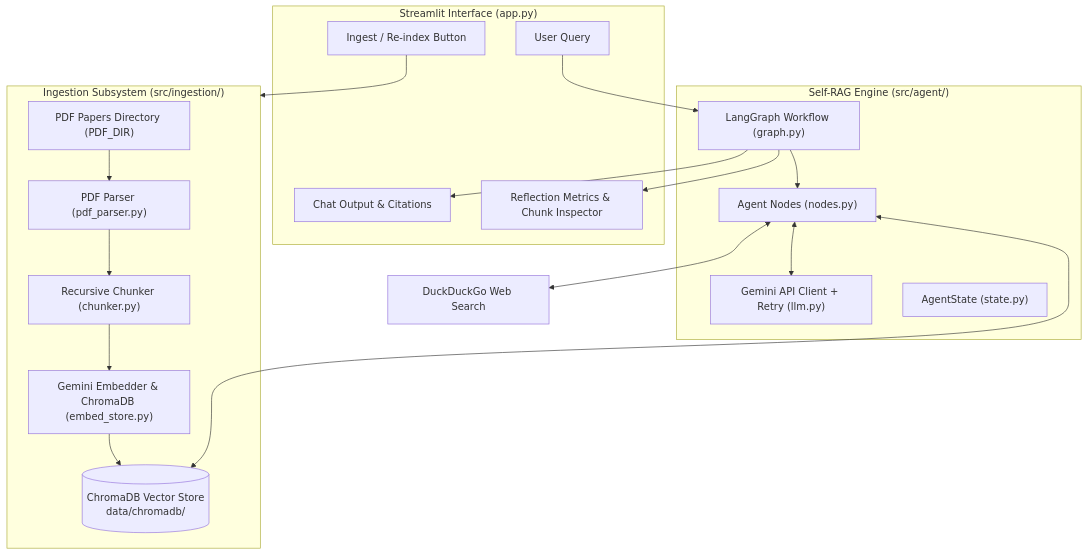
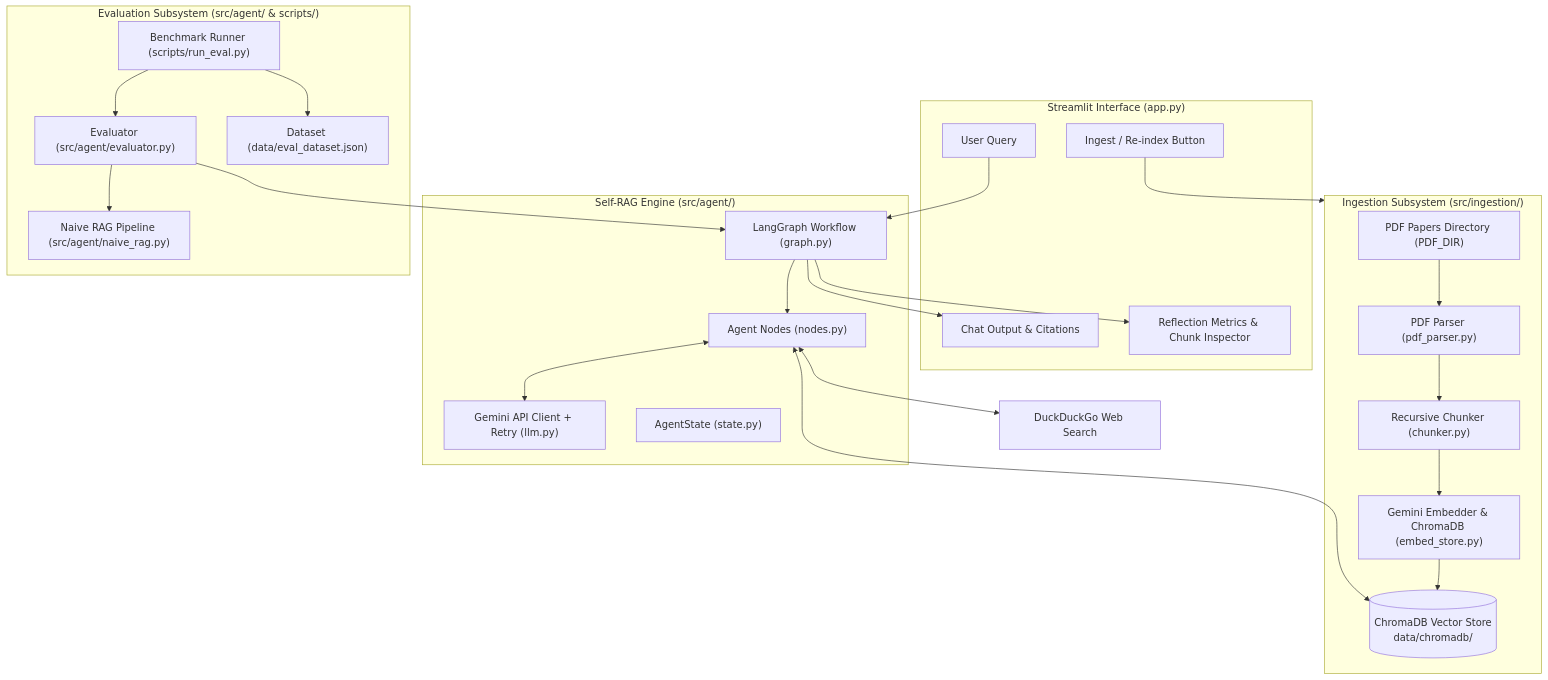
The first of 3 diagrams in architecture.md (shanujya/academic-rag-agent), drawn with Mermaid before and after one commit. The commit also changed other lines of this file, not shown here.

Commit message:
update architecture file

````diff
--- a/architecture.md
+++ b/architecture.md
@@ -24,32 +25,43 @@
 ```mermaid
 graph TD
     subgraph UI ["Streamlit Interface (app.py)"]
         UserPrompt["User Query"]
         ChatDisplay["Chat Output & Citations"]
         MetricsView["Reflection Metrics & Chunk Inspector"]
         IngestTrigger["Ingest / Re-index Button"]
     end
 
     subgraph Ingestion ["Ingestion Subsystem (src/ingestion/)"]
         PDFs["PDF Papers Directory (PDF_DIR)"] --> PyMuPDF["PDF Parser (pdf_parser.py)"]
         PyMuPDF --> Chunker["Recursive Chunker (chunker.py)"]
         Chunker --> EmbedStore["Gemini Embedder & ChromaDB (embed_store.py)"]
         EmbedStore --> ChromaDB[("ChromaDB Vector Store\ndata/chromadb/")]
     end
 
     subgraph Agent ["Self-RAG Engine (src/agent/)"]
         StateGraph["LangGraph Workflow (graph.py)"]
         Nodes["Agent Nodes (nodes.py)"]
         LLMClient["Gemini API Client + Retry (llm.py)"]
         State["AgentState (state.py)"]
     end
 
+    subgraph Eval ["Evaluation Subsystem (src/agent/ & scripts/)"]
+        EvalRunner["Benchmark Runner (scripts/run_eval.py)"]
+        EvalEngine["Evaluator (src/agent/evaluator.py)"]
+        NaiveRAG["Naive RAG Pipeline (src/agent/naive_rag.py)"]
+        Dataset["Dataset (data/eval_dataset.json)"]
+    end
+
     UserPrompt --> StateGraph
     IngestTrigger --> Ingestion
     StateGraph --> Nodes
     Nodes <--> LLMClient
     Nodes <--> ChromaDB
     Nodes <--> DDG["DuckDuckGo Web Search"]
     StateGraph --> ChatDisplay
     StateGraph --> MetricsView
+    EvalRunner --> Dataset
+    EvalRunner --> EvalEngine
+    EvalEngine --> StateGraph
+    EvalEngine --> NaiveRAG
 ```
````
